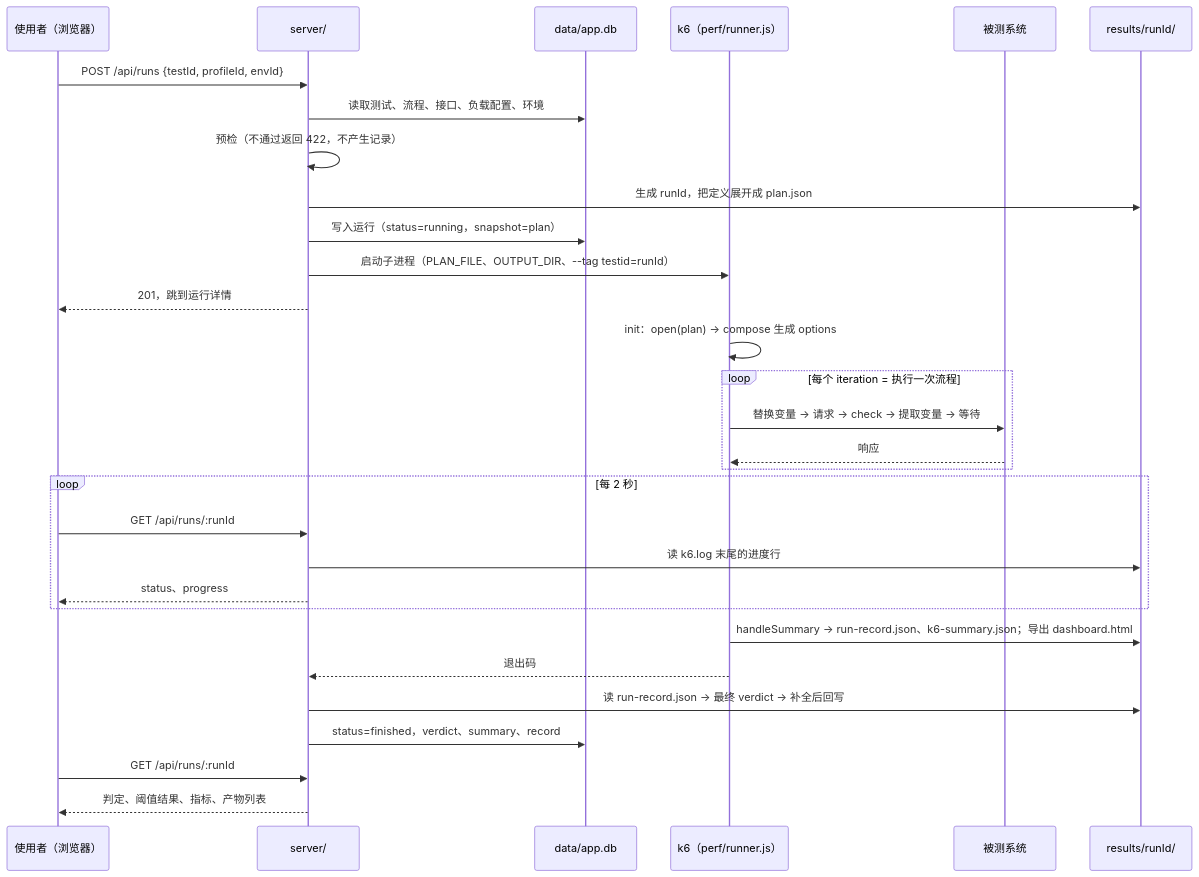
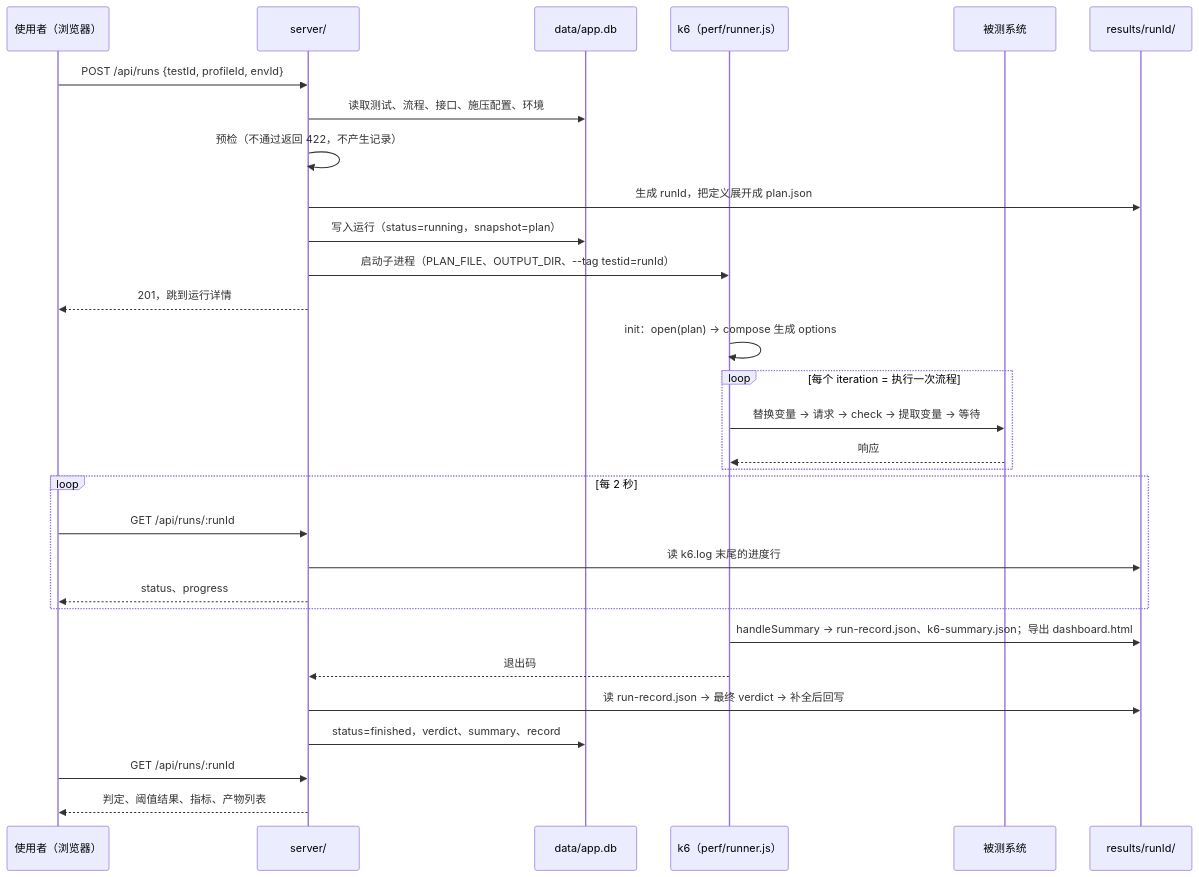
One commit to Leibiner/AI-Performance-Engineering changed the third of 8 diagrams in docs/ARCHITECTURE.md. Above: the diagram before and after it, drawn with Mermaid. The commit also changed other lines of this file and 29 other files, not shown here.

````diff
--- a/docs/ARCHITECTURE.md
+++ b/docs/ARCHITECTURE.md
@@ -204,32 +204,32 @@
 ```mermaid
 sequenceDiagram
     participant U as 使用者（浏览器）
     participant S as server/
     participant D as data/app.db
     participant K as k6（perf/runner.js）
     participant T as 被测系统
     participant F as results/runId/
     U->>S: POST /api/runs {testId, profileId, envId}
-    S->>D: 读取测试、流程、接口、负载配置、环境
+    S->>D: 读取测试、流程、接口、施压配置、环境
     S->>S: 预检（不通过返回 422，不产生记录）
     S->>F: 生成 runId，把定义展开成 plan.json
     S->>D: 写入运行（status=running，snapshot=plan）
     S->>K: 启动子进程（PLAN_FILE、OUTPUT_DIR、--tag testid=runId）
     S-->>U: 201，跳到运行详情
     K->>K: init：open(plan) → compose 生成 options
     loop 每个 iteration = 执行一次流程
         K->>T: 替换变量 → 请求 → check → 提取变量 → 等待
         T-->>K: 响应
     end
     loop 每 2 秒
         U->>S: GET /api/runs/:runId
         S->>F: 读 k6.log 末尾的进度行
         S-->>U: status、progress
     end
     K->>F: handleSummary → run-record.json、k6-summary.json；导出 dashboard.html
     K-->>S: 退出码
     S->>F: 读 run-record.json → 最终 verdict → 补全后回写
     S->>D: status=finished，verdict、summary、record
     U->>S: GET /api/runs/:runId
     S-->>U: 判定、阈值结果、指标、产物列表
 ```
````
